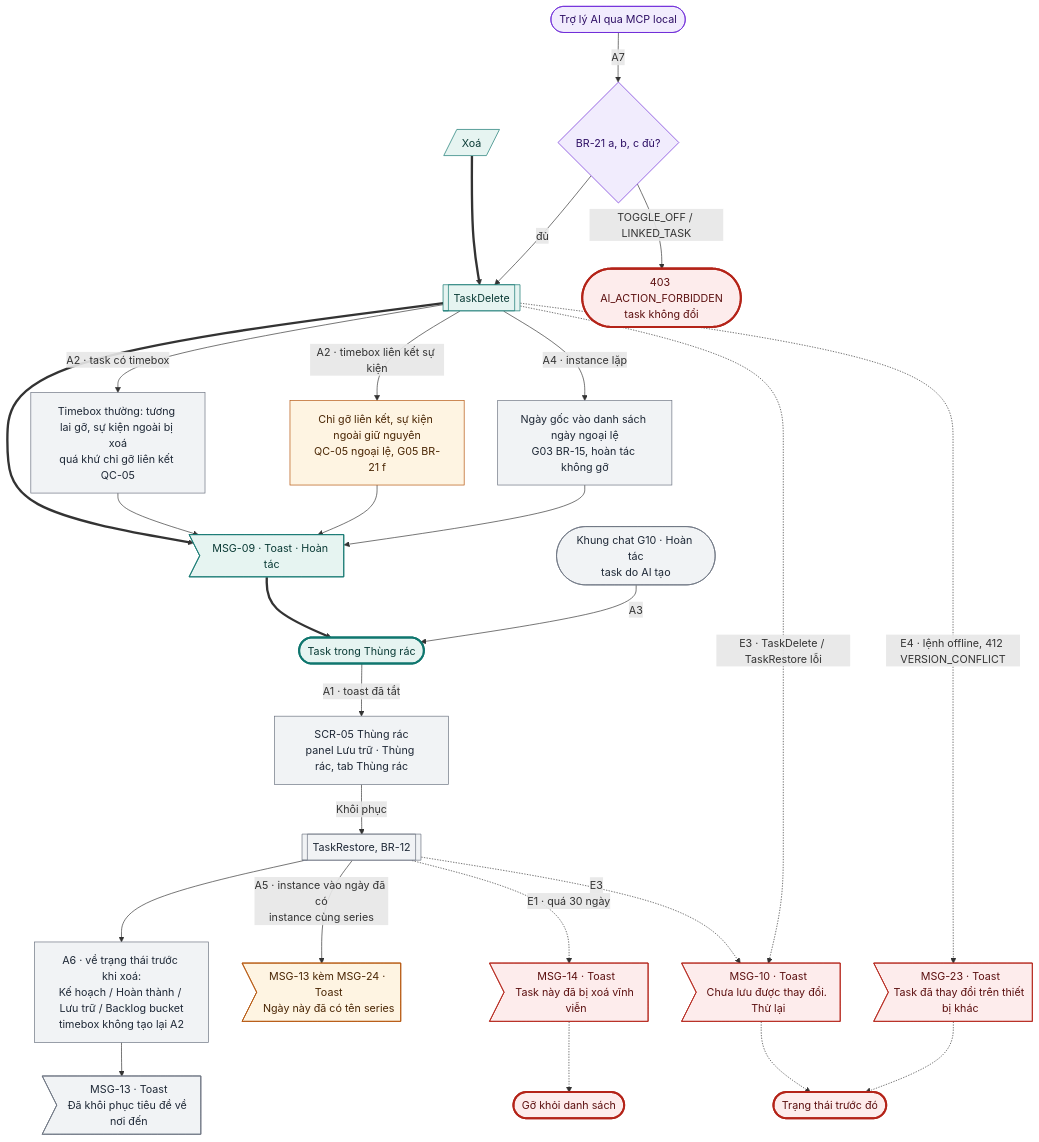
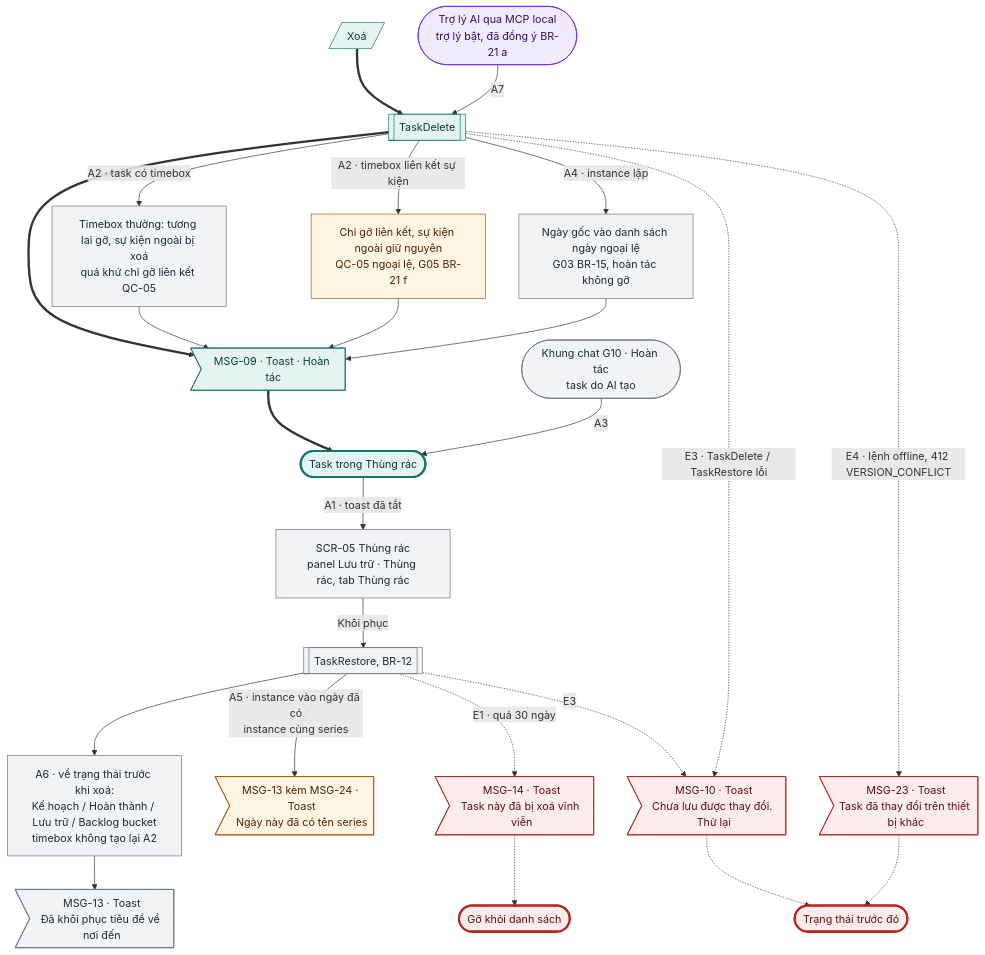
One commit to tannguyenho/personal-app changed the tenth of 15 diagrams in docs/design-brief/flow/g02-quan-ly-task.md. Above: the diagram before and after it, drawn with Mermaid. The commit also changed other lines of this file and 17 other files, not shown here.

````diff
--- a/docs/design-brief/flow/g02-quan-ly-task.md
+++ b/docs/design-brief/flow/g02-quan-ly-task.md
@@ -461,51 +459,49 @@
 ```mermaid
 flowchart TD
   u1[/"Xoá"/]
   p1[["TaskDelete"]]
   m1>"MSG-09 · Toast · Hoàn tác"]
   ok(["Task trong Thùng rác"])
   u1 ==> p1 ==> m1 ==> ok
 
   p1 -->|"A2 · task có timebox"| a2["Timebox thường: tương lai gỡ, sự kiện ngoài bị xoá<br/>quá khứ chỉ gỡ liên kết QC-05"]
   a2 --> m1
   p1 -->|"A2 · timebox liên kết sự kiện"| a2l["Chỉ gỡ liên kết, sự kiện ngoài giữ nguyên<br/>QC-05 ngoại lệ, G05 BR-21 f"]
   a2l --> m1
   p1 -->|"A4 · instance lặp"| a4["Ngày gốc vào danh sách ngày ngoại lệ<br/>G03 BR-15, hoàn tác không gỡ"]
   a4 --> m1
-  ai0(["Trợ lý AI qua MCP local"]) -->|"A7"| d7{"BR-21 a, b, c đủ?"}
-  d7 -->|"đủ"| p1
-  d7 -->|"TOGGLE_OFF / LINKED_TASK"| a7f(["403 AI_ACTION_FORBIDDEN<br/>task không đổi"])
+  ai0(["Trợ lý AI qua MCP local<br/>trợ lý bật, đã đồng ý BR-21 a"]) -->|"A7"| p1
   ai1(["Khung chat G10 · Hoàn tác<br/>task do AI tạo"]) -->|"A3"| ok
 
   ok -->|"A1 · toast đã tắt"| a1["SCR-05 Thùng rác<br/>panel Lưu trữ · Thùng rác, tab Thùng rác"]
   a1 -->|"Khôi phục"| a1p[["TaskRestore, BR-12"]]
   a1p --> a6["A6 · về trạng thái trước khi xoá:<br/>Kế hoạch / Hoàn thành / Lưu trữ / Backlog bucket<br/>timebox không tạo lại A2"]
   a6 --> a1m>"MSG-13 · Toast<br/>Đã khôi phục tiêu đề về nơi đến"]
   a1p -->|"A5 · instance vào ngày đã có<br/>instance cùng series"| a5m>"MSG-13 kèm MSG-24 · Toast<br/>Ngày này đã có tên series"]
 
   a1p -.->|"E1 · quá 30 ngày"| e1m>"MSG-14 · Toast<br/>Task này đã bị xoá vĩnh viễn"]
   e1m -.-> e1(["Gỡ khỏi danh sách"])
   p1 -.->|"E3 · TaskDelete / TaskRestore lỗi"| e3m>"MSG-10 · Toast<br/>Chưa lưu được thay đổi. Thử lại"]
   a1p -.->|"E3"| e3m
   p1 -.->|"E4 · lệnh offline, 412 VERSION_CONFLICT"| e4m>"MSG-23 · Toast<br/>Task đã thay đổi trên thiết bị khác"]
   e3m -.-> e3(["Trạng thái trước đó"])
   e4m -.-> e3
 
   class u1,p1,m1 happy
   class a2,a4,a1,a1p,a6,a1m,ai1 alt
   class a2l warn
-  class ai0,d7 ai
+  class ai0 ai
   class a5m warn
   class e1m,e3m,e4m err
   class ok done
-  class a7f,e1,e3 fail
+  class e1,e3 fail
   classDef happy fill:#E6F4F1,stroke:#0F766E,color:#0B3B36
   classDef alt fill:#F1F3F5,stroke:#6B7280,color:#1F2937
   classDef err fill:#FDECEC,stroke:#B42318,color:#5C1010
   classDef warn fill:#FEF4E2,stroke:#B45309,color:#4A2604
   classDef ai fill:#F1ECFD,stroke:#6D28D9,color:#2E1065
   classDef sync fill:#FFFFFF,stroke:#6B7280,stroke-dasharray:4 3,color:#1F2937
   classDef link fill:#FFFFFF,stroke:#0F766E,stroke-dasharray:4 3,color:#0B3B36
   classDef done fill:#E6F4F1,stroke:#0F766E,stroke-width:3px,color:#0B3B36
   classDef fail fill:#FDECEC,stroke:#B42318,stroke-width:3px,color:#5C1010
 ```
````
